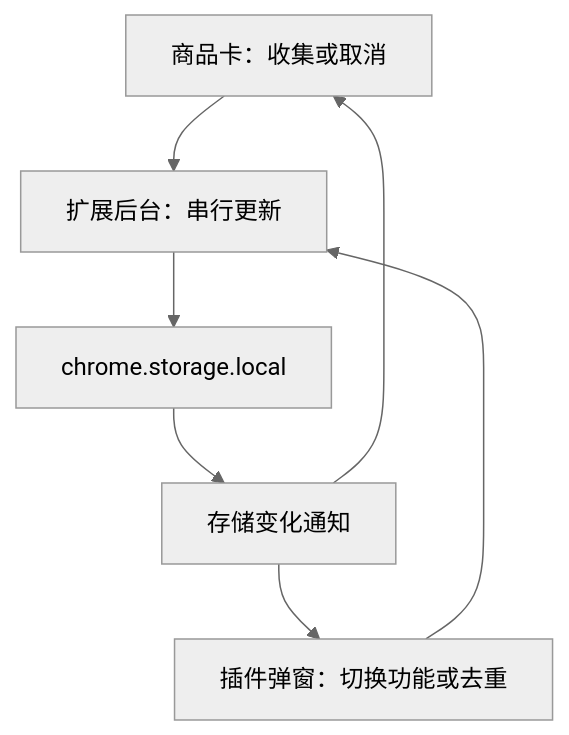
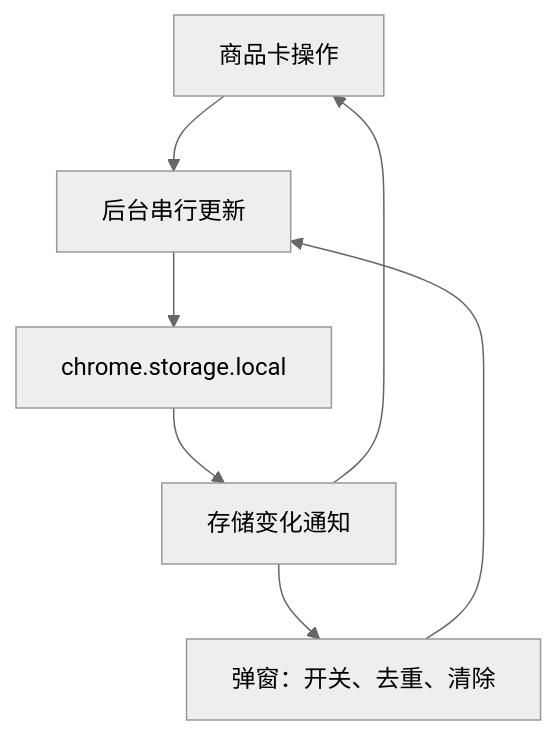
One commit to jyhxqbc/amazon-asin-collector changed the diagram in 项目总结.md. Above: the diagram before and after it, drawn with Mermaid (neutral theme). The commit also changed other lines of this file and 14 other files, not shown here.

````diff
--- a/项目总结.md
+++ b/项目总结.md
@@ -81,9 +82,9 @@
 ```mermaid
 flowchart TD
-    A["商品卡：收集或取消"] --> C["扩展后台：串行更新"]
-    B["插件弹窗：切换功能或去重"] --> C
+    A["商品卡操作"] --> C["后台串行更新"]
+    B["弹窗：开关、去重、清除"] --> C
     C --> D["chrome.storage.local"]
     D --> E["存储变化通知"]
     E --> A
     E --> B
 ```
````
